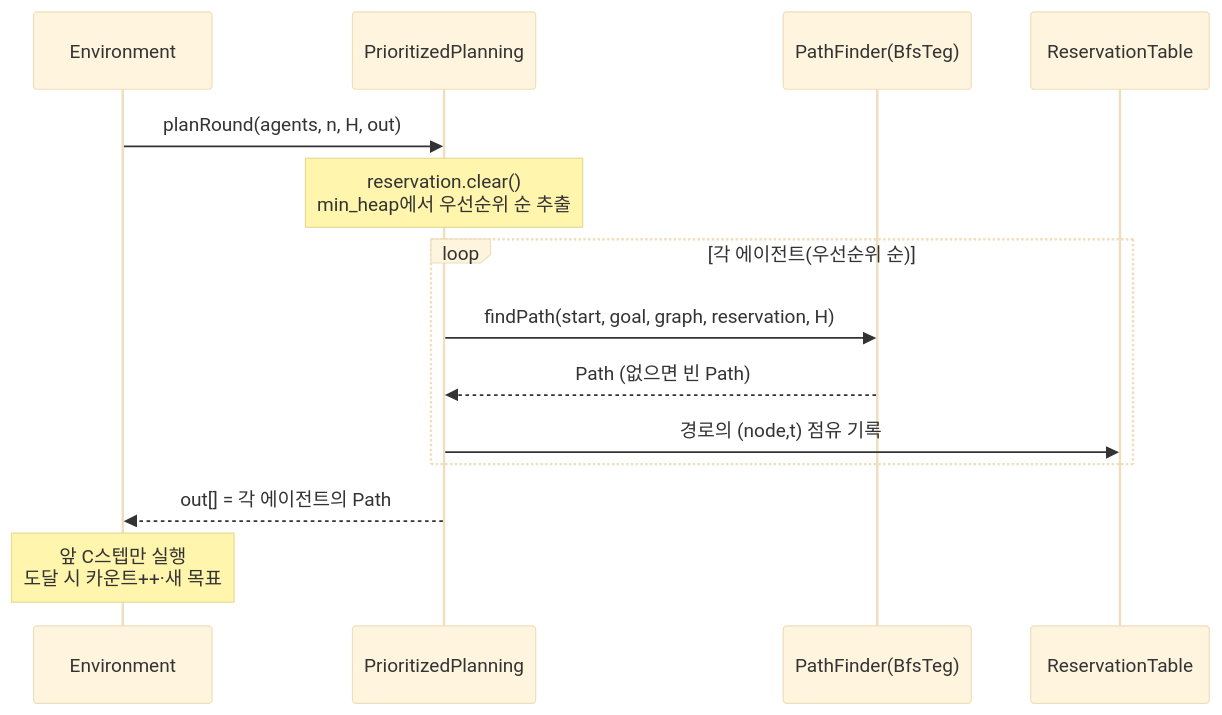
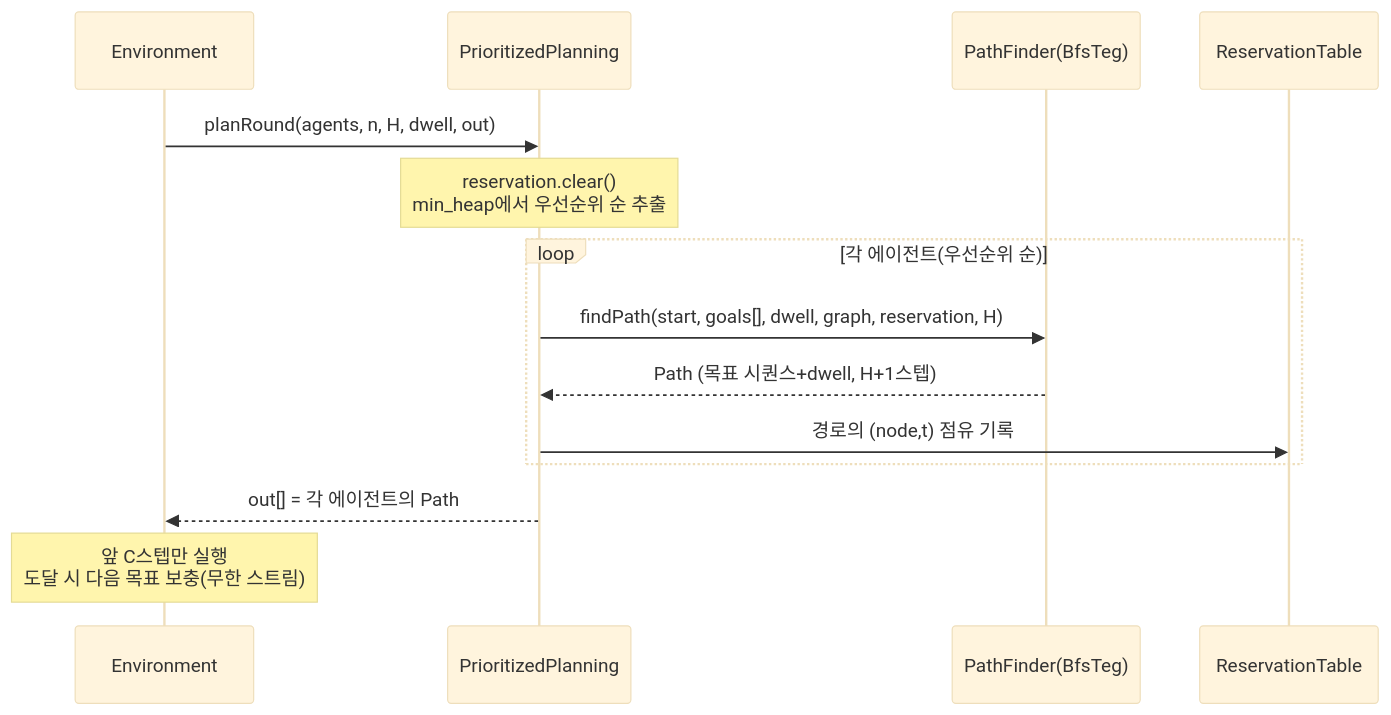
One commit to dohyunKim0309/OHT_MAPF changed the second of 2 diagrams in L2_structure/system_architecture.md. Above: the diagram before and after it, drawn with Mermaid (base theme). The commit also changed 55 other files, not shown here.

````diff
--- a/L2_structure/system_architecture.md
+++ b/L2_structure/system_architecture.md
@@ -81,17 +81,17 @@
 ```mermaid
 sequenceDiagram
     participant ENV as Environment
     participant PP as PrioritizedPlanning
     participant PF as PathFinder(BfsTeg)
     participant RT as ReservationTable
 
-    ENV->>PP: planRound(agents, n, H, out)
+    ENV->>PP: planRound(agents, n, H, dwell, out)
     Note over PP: reservation.clear()<br/>min_heap에서 우선순위 순 추출
     loop 각 에이전트(우선순위 순)
-        PP->>PF: findPath(start, goal, graph, reservation, H)
-        PF-->>PP: Path (없으면 빈 Path)
+        PP->>PF: findPath(start, goals[], dwell, graph, reservation, H)
+        PF-->>PP: Path (목표 시퀀스+dwell, H+1스텝)
         PP->>RT: 경로의 (node,t) 점유 기록
     end
     PP-->>ENV: out[] = 각 에이전트의 Path
-    Note over ENV: 앞 C스텝만 실행<br/>도달 시 카운트++·새 목표
+    Note over ENV: 앞 C스텝만 실행<br/>도달 시 다음 목표 보충(무한 스트림)
 ```
````
